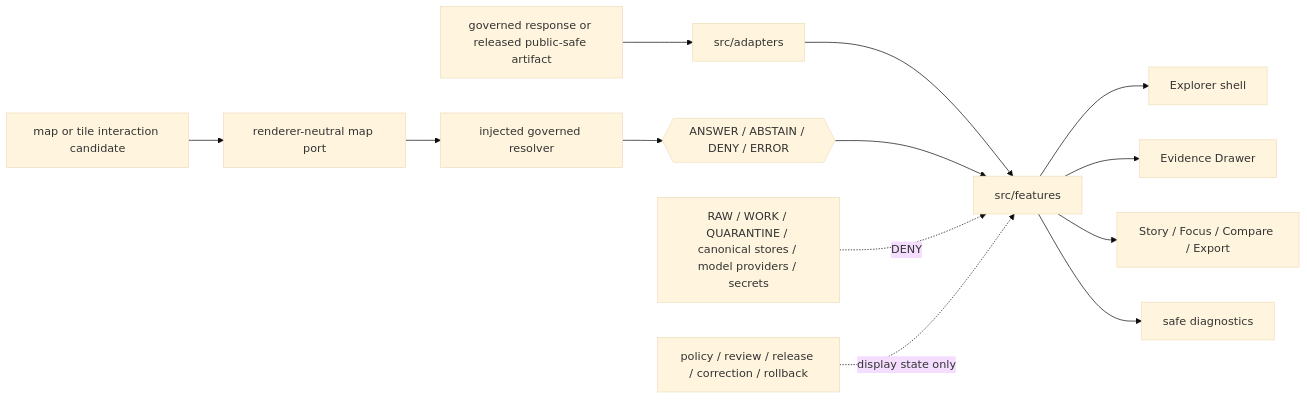
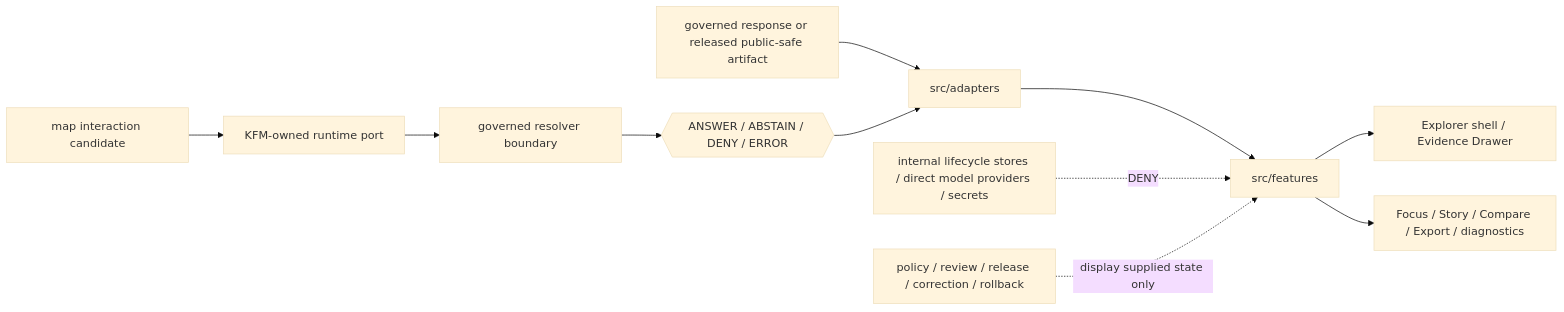
Before and after one commit to bartytime4life/Kansas-Frontier-Matrix: the diagram in apps/explorer-web/README.md, drawn with Mermaid (base theme). The commit also changed other lines of this file and 1 other file, not shown here.

First line of the commit message:
docs(explorer-web): reconcile README with current runtime and temporal boundaries

````diff
--- a/apps/explorer-web/README.md
+++ b/apps/explorer-web/README.md
@@ -332,17 +243,13 @@
 ```mermaid
 flowchart LR
     released["governed response or released public-safe artifact"] --> adapters["src/adapters"]
     adapters --> features["src/features"]
-    features --> shell["Explorer shell"]
-    features --> drawer["Evidence Drawer"]
-    features --> story["Story / Focus / Compare / Export"]
-    features --> diagnostics["safe diagnostics"]
-
-    mapEvent["map or tile interaction candidate"] --> mapPort["renderer-neutral map port"]
-    mapPort --> resolver["injected governed resolver"]
+    features --> shell["Explorer shell / Evidence Drawer"]
+    features --> outputs["Focus / Story / Compare / Export / diagnostics"]
+    selection["map interaction candidate"] --> port["KFM-owned runtime port"]
+    port --> resolver["governed resolver boundary"]
     resolver --> outcome{{"ANSWER / ABSTAIN / DENY / ERROR"}}
-    outcome --> features
-
-    internal["RAW / WORK / QUARANTINE / canonical stores / model providers / secrets"] -. "DENY" .-> features
-    authority["policy / review / release / correction / rollback"] -. "display state only" .-> features
+    outcome --> adapters
+    internal["internal lifecycle stores / direct model providers / secrets"] -. "DENY" .-> features
+    authority["policy / review / release / correction / rollback"] -. "display supplied state only" .-> features
 ```
````
